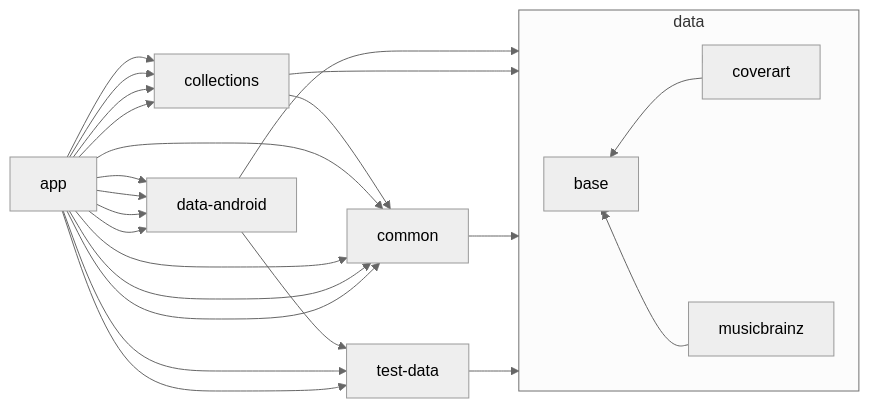
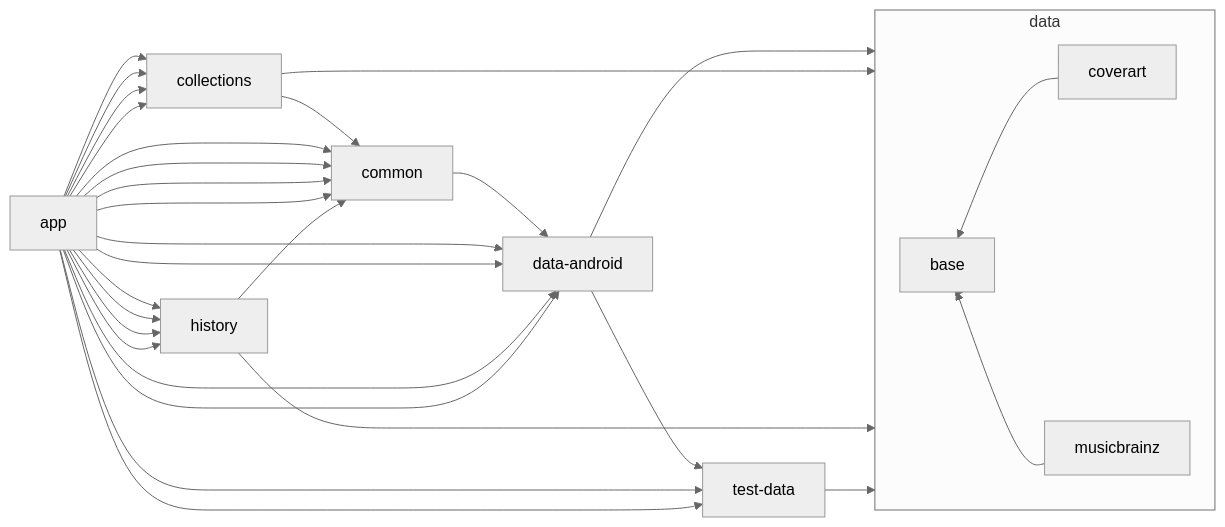
One commit to lydavid/MusicSearch changed the diagram in README.md. Above: the diagram before and after it, drawn with Mermaid.

Commit message:
chore: update module graph [skip ci]

````diff
--- a/README.md
+++ b/README.md
@@ -43,42 +43,48 @@
 ```mermaid
 %%{
   init: {
     'theme': 'neutral'
   }
 }%%
 
 graph LR
 
   subgraph data
     base
     coverart
     musicbrainz
   end
 
   musicbrainz --> base
   data --> base
   data --> coverart
   data --> musicbrainz
   data-android --> data
   data-android --> test-data
   collections --> data
   collections --> common
-  common --> data
+  common --> data-android
   app --> test-data
   app --> data-android
   app --> collections
   app --> common
+  app --> history
   app --> data-android
   app --> collections
   app --> common
+  app --> history
   app --> data-android
   app --> collections
   app --> common
+  app --> history
   app --> data-android
   app --> collections
   app --> common
+  app --> history
   app --> test-data
   coverart --> base
+  history --> data
+  history --> common
   test-data --> data
 
 ```
````
